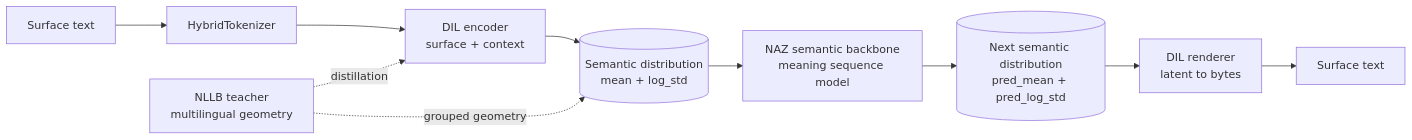
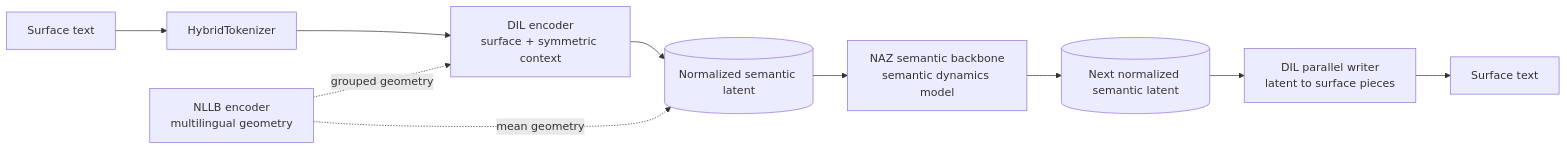
The diagram in README.md (NumanKaanKaratas/Dilnaz), drawn with Mermaid before and after one commit. The commit also changed other lines of this file and 1 other file, not shown here.

Commit message:
Update README files to clarify project structure and model descriptions, enhancing the explanation of DIL and NAZ functionalities and their interactions.

````diff
--- a/README.md
+++ b/README.md
@@ -20,12 +22,12 @@
 ```mermaid
 flowchart LR
     A[Surface text] --> B[HybridTokenizer]
-    B --> C[DIL encoder<br/>surface + context]
-    C --> D[(Semantic distribution<br/>mean + log_std)]
-    D --> E[NAZ semantic backbone<br/>meaning sequence model]
-    E --> F[(Next semantic distribution<br/>pred_mean + pred_log_std)]
-    F --> G[DIL renderer<br/>latent to bytes]
+    B --> C[DIL encoder<br/>surface + symmetric context]
+    C --> D[(Normalized semantic latent)]
+    D --> E[NAZ semantic backbone<br/>semantic dynamics model]
+    E --> F[(Next normalized semantic latent)]
+    F --> G[DIL parallel writer<br/>latent to surface pieces]
     G --> H[Surface text]
-    T[NLLB teacher<br/>multilingual geometry] -. distillation .-> C
-    T -. grouped geometry .-> D
+    T[NLLB encoder<br/>multilingual geometry] -. grouped geometry .-> C
+    T -. mean geometry .-> D
 ```
````
